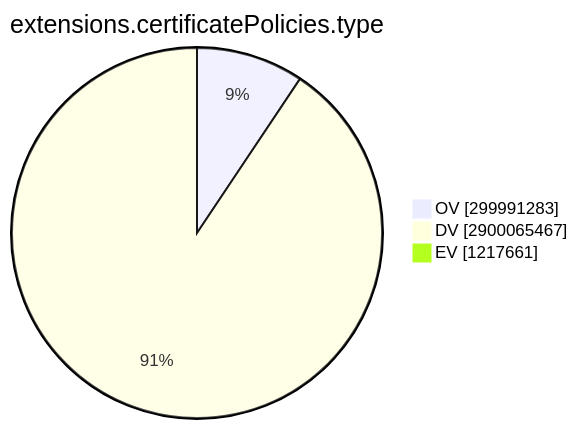
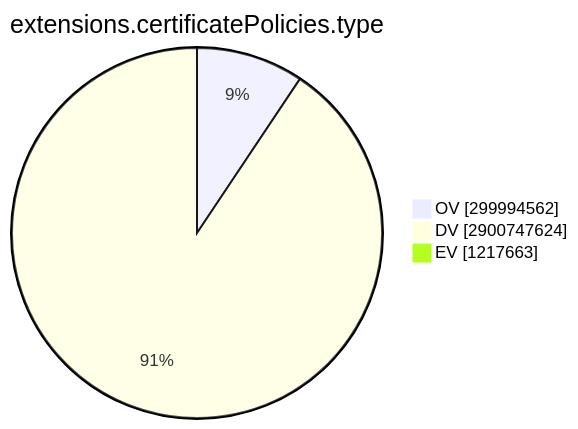
One commit to christiankrug/ctmonitor_visualization changed the ninth of 15 diagrams in TOTAL/README.md. Above: the diagram before and after it, drawn with Mermaid. The commit also changed other lines of this file, not shown here.

````diff
--- a/TOTAL/README.md
+++ b/TOTAL/README.md
@@ -3101,7 +3101,7 @@
 ```mermaid
 pie showData
 title extensions.certificatePolicies.type
-"OV" :299991283
-"DV" :2900065467
-"EV" :1217661
+"OV" :299994562
+"DV" :2900747624
+"EV" :1217663
 ```
````
